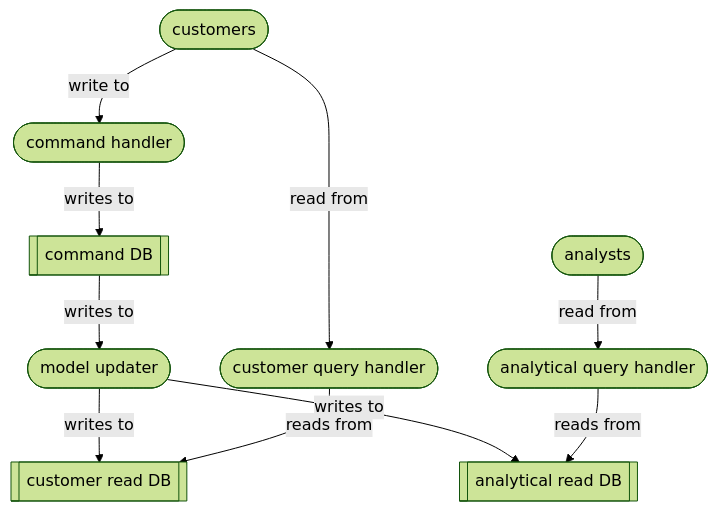
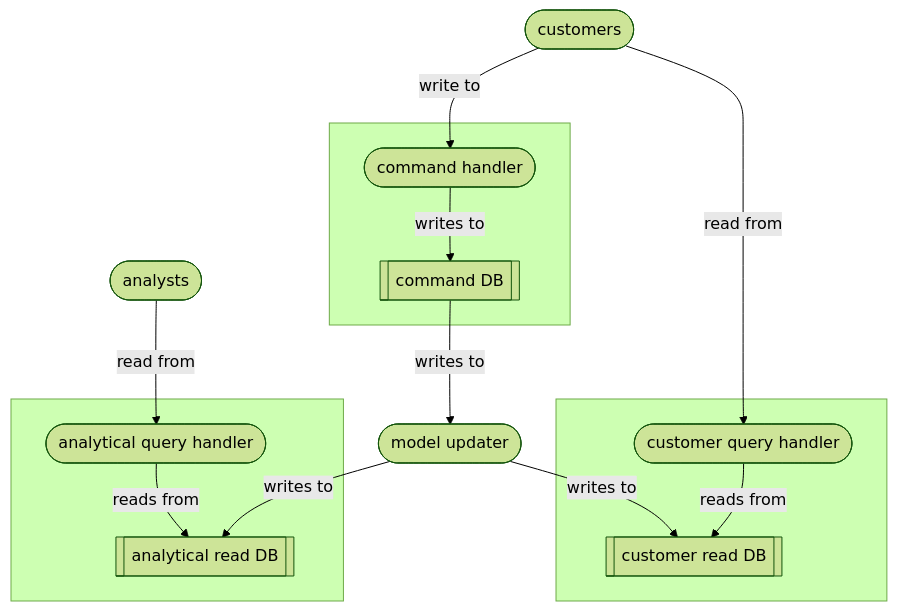
Before and after one commit to conmaol/maglocunus: the diagram in c/CQRS.md, drawn with Mermaid (forest theme). The commit also changed other lines of this file, not shown here.

````diff
--- a/c/CQRS.md
+++ b/c/CQRS.md
@@ -14,21 +12,28 @@
 ```mermaid
 flowchart TD
   customers([customers])
   analysts([analysts])
-  command(["command handler"])
-  commandDB[[command DB]]
+  subgraph " "
+    command(["command handler"])
+    commandDB[[command DB]]
+    command -- "writes to" --> commandDB
+  end
+  subgraph " "
+    customerQ([customer query handler])
+    customerDB[[customer read DB]]
+    customerQ -- "reads from" --> customerDB
+  end
+  model -- "writes to" --> analystDB
+  subgraph " "
+    analystsQ([analytical query handler])
+    analystDB[[analytical read DB]]
+    analystsQ -- "reads from" --> analystDB  
+  end
+  customers -- "write to" --> command
   model(["model updater"])
-  customerQ([customer query handler])
-  analystsQ([analytical query handler])
-  customerDB[[customer read DB]]
-  analystDB[[analytical read DB]]
-  customers -- "write to" --> command
-  command -- "writes to" --> commandDB
   commandDB -- "writes to" --> model
   model -- "writes to" --> customerDB
-  model -- "writes to" --> analystDB
+  
   customers -- "read from" --> customerQ
-  customerQ -- "reads from" --> customerDB
   analysts -- "read from" --> analystsQ
-  analystsQ -- "reads from" --> analystDB  
 ```
````
